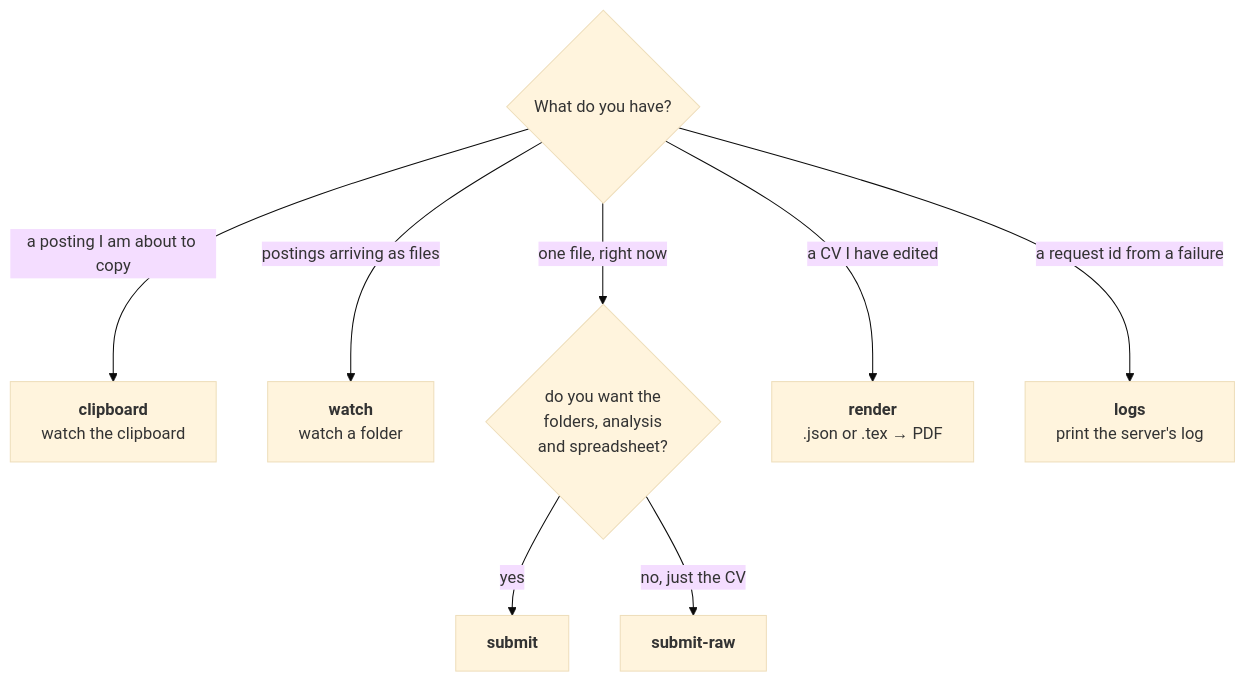
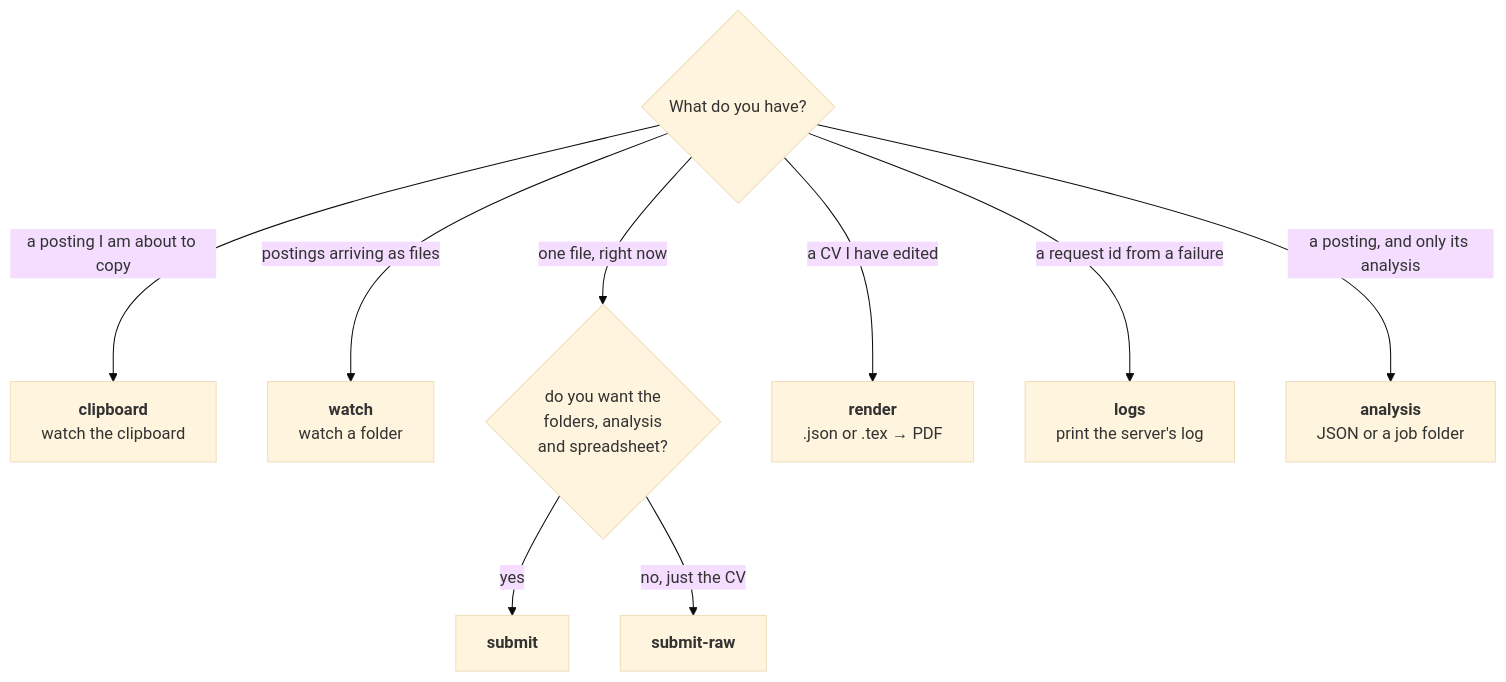
One commit to gcontini/resumix changed the first of 3 diagrams in doc/client.md. Above: the diagram before and after it, drawn with Mermaid (base theme). The commit also changed other lines of this file and 10 other files, not shown here.

````diff
--- a/doc/client.md
+++ b/doc/client.md
@@ -17,11 +17,12 @@
 ```mermaid
 flowchart TD
     Q1{"What do you have?"}
     Q1 -->|"a posting I am about to copy"| CLIP["<b>clipboard</b><br/>watch the clipboard"]
     Q1 -->|"postings arriving as files"| WATCH["<b>watch</b><br/>watch a folder"]
     Q1 -->|"one file, right now"| Q2{"do you want the<br/>folders, analysis<br/>and spreadsheet?"}
     Q1 -->|"a CV I have edited"| REND["<b>render</b><br/>.json or .tex → PDF"]
     Q1 -->|"a request id from a failure"| LOGS["<b>logs</b><br/>print the server's log"]
+    Q1 -->|"a posting, and only its analysis"| ANA["<b>analysis</b><br/>JSON or a job folder"]
     Q2 -->|"yes"| SUB["<b>submit</b>"]
     Q2 -->|"no, just the CV"| RAW["<b>submit-raw</b>"]
 ```
````
